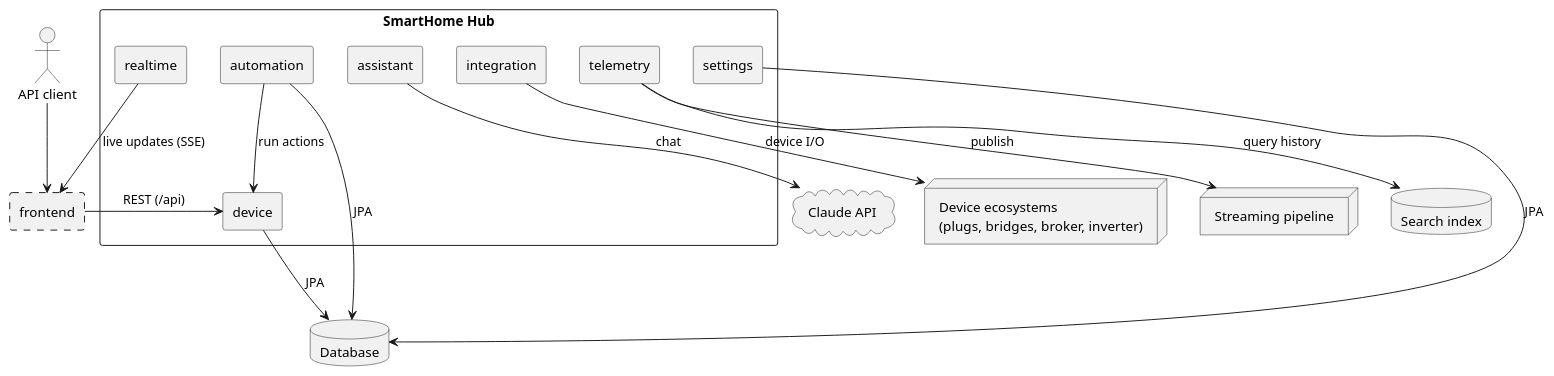
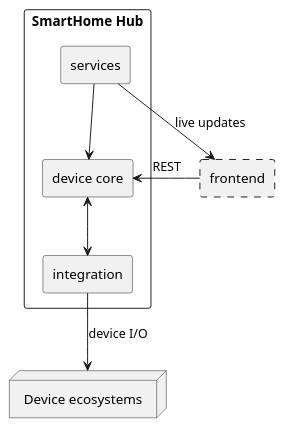
The first of 4 diagrams in docs/modules/ROOT/pages/05-building-block-view.adoc (FelixGeisler/SmartHome), drawn with PlantUML before and after one commit. The commit also changed other lines of this file and 2 other files, not shown here.

```diff
--- a/docs/modules/ROOT/pages/05-building-block-view.adoc
+++ b/docs/modules/ROOT/pages/05-building-block-view.adoc
@@ -9,37 +9,22 @@
 [plantuml,building-blocks,svg]
 ----
 @startuml
 skinparam componentStyle rectangle
 
-actor "API client" as client
 [frontend] as fe #line.dashed
 
 rectangle "SmartHome Hub" {
-  [assistant]
-  [device]
-  [integration]
-  [telemetry]
-  [realtime]
-  [automation]
-  [settings]
+  [device core] as device
+  [integration] as integration
+  [services] as services
 }
 
-database "Database" as db
-database "Search index" as idx
-node "Device ecosystems\n(plugs, bridges, broker, inverter)" as world
-node "Streaming pipeline" as pipeline
-cloud "Claude API" as claude
+node "Device ecosystems" as world
 
-client --> fe
-fe --> device : REST (/api)
-realtime --> fe : live updates (SSE)
-assistant --> claude : chat
+fe --> device : REST
+services --> fe : live updates
+device <--> integration
+services --> device
 integration --> world : device I/O
-telemetry --> pipeline : publish
-telemetry --> idx : query history
-automation --> device : run actions
-device --> db : JPA
-automation --> db : JPA
-settings --> db : JPA
 @enduml
 ----
```
